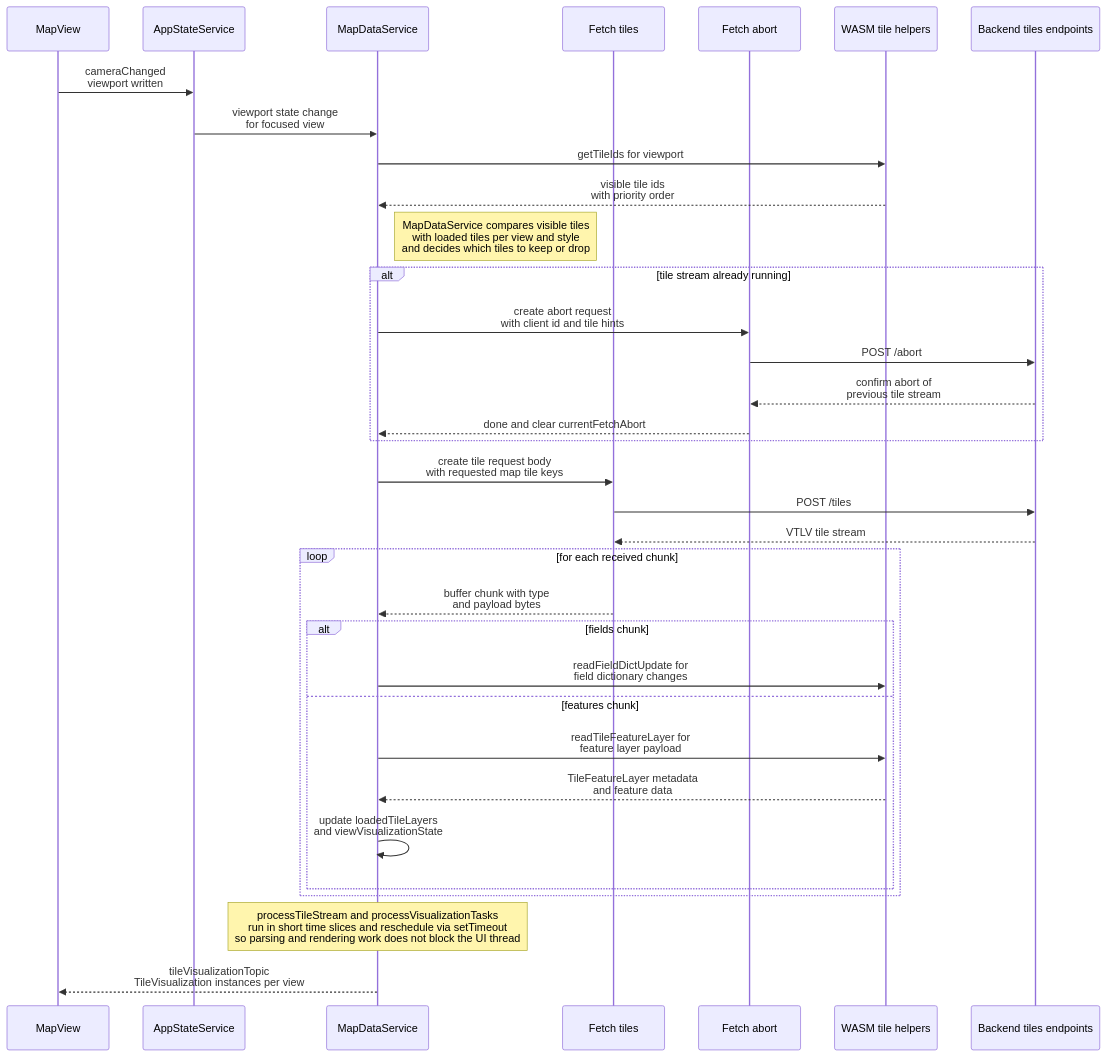
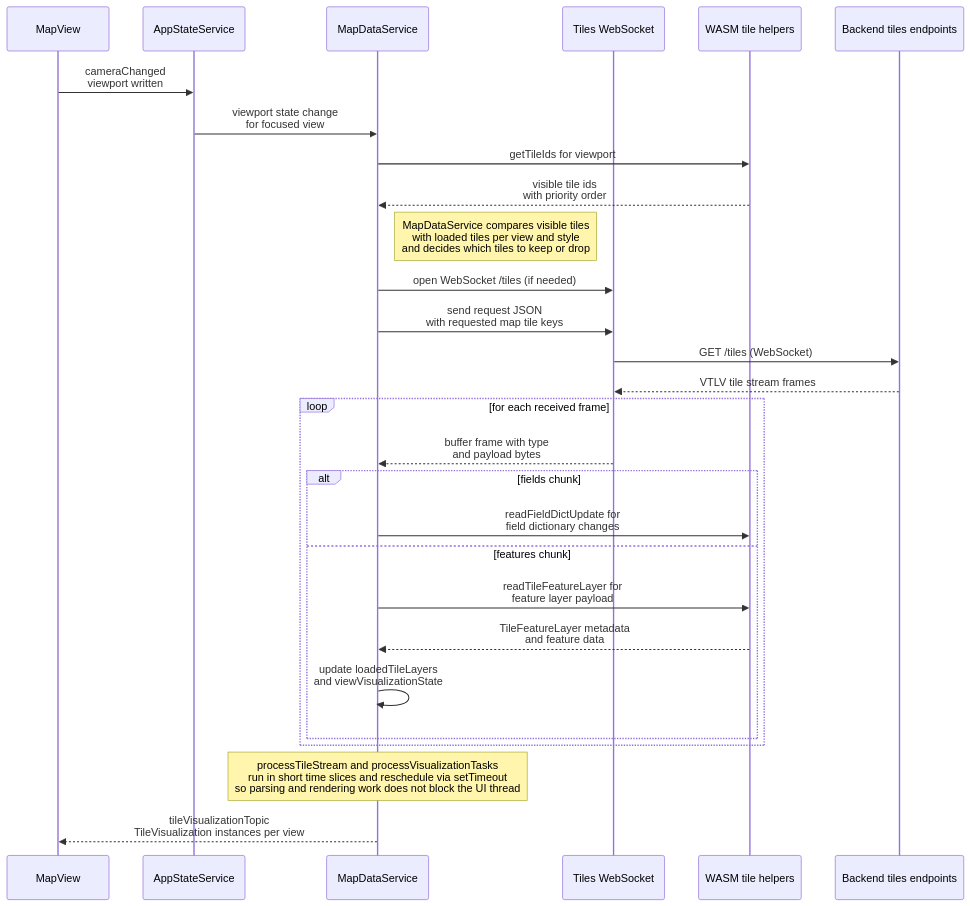
One commit to ndsev/erdblick changed the seventh of 10 diagrams in docs/erdblick-dev-guide.md. Above: the diagram before and after it, drawn with Mermaid. The commit also changed other lines of this file and 6 other files, not shown here.

Commit message:
WebSocket-based MapTileStream support

````diff
--- a/docs/erdblick-dev-guide.md
+++ b/docs/erdblick-dev-guide.md
@@ -290,43 +290,36 @@
 ```mermaid
 sequenceDiagram
   participant View as MapView
   participant State as AppStateService
   participant MapSvc as MapDataService
-  participant FetchTiles as Fetch tiles
-  participant FetchAbort as Fetch abort
+  participant TilesWS as Tiles WebSocket
   participant Core as WASM tile helpers
   participant Backend as Backend tiles endpoints
 
   View->>State: cameraChanged<br>viewport written
   State->>MapSvc: viewport state change<br>for focused view
   MapSvc->>Core: getTileIds for viewport
   Core-->>MapSvc: visible tile ids<br>with priority order
 
   Note right of MapSvc: MapDataService compares visible tiles<br>with loaded tiles per view and style<br>and decides which tiles to keep or drop
 
-  alt tile stream already running
-    MapSvc->>FetchAbort: create abort request<br>with client id and tile hints
-    FetchAbort->>Backend: POST /abort
-    Backend-->>FetchAbort: confirm abort of<br>previous tile stream
-    FetchAbort-->>MapSvc: done and clear currentFetchAbort
-  end
+  MapSvc->>TilesWS: open WebSocket /tiles (if needed)
+  MapSvc->>TilesWS: send request JSON<br>with requested map tile keys
+  TilesWS->>Backend: GET /tiles (WebSocket)
+  Backend-->>TilesWS: VTLV tile stream frames
 
-  MapSvc->>FetchTiles: create tile request body<br>with requested map tile keys
-  FetchTiles->>Backend: POST /tiles
-  Backend-->>FetchTiles: VTLV tile stream
-
-  loop for each received chunk
-    FetchTiles-->>MapSvc: buffer chunk with type<br>and payload bytes
+  loop for each received frame
+    TilesWS-->>MapSvc: buffer frame with type<br>and payload bytes
     alt fields chunk
       MapSvc->>Core: readFieldDictUpdate for<br>field dictionary changes
     else features chunk
       MapSvc->>Core: readTileFeatureLayer for<br>feature layer payload
       Core-->>MapSvc: TileFeatureLayer metadata<br>and feature data
       MapSvc->>MapSvc: update loadedTileLayers<br>and viewVisualizationState
     end
   end
 
   Note over MapSvc: processTileStream and processVisualizationTasks<br>run in short time slices and reschedule via setTimeout<br>so parsing and rendering work does not block the UI thread
 
   MapSvc-->>View: tileVisualizationTopic<br>TileVisualization instances per view
 ```
````
